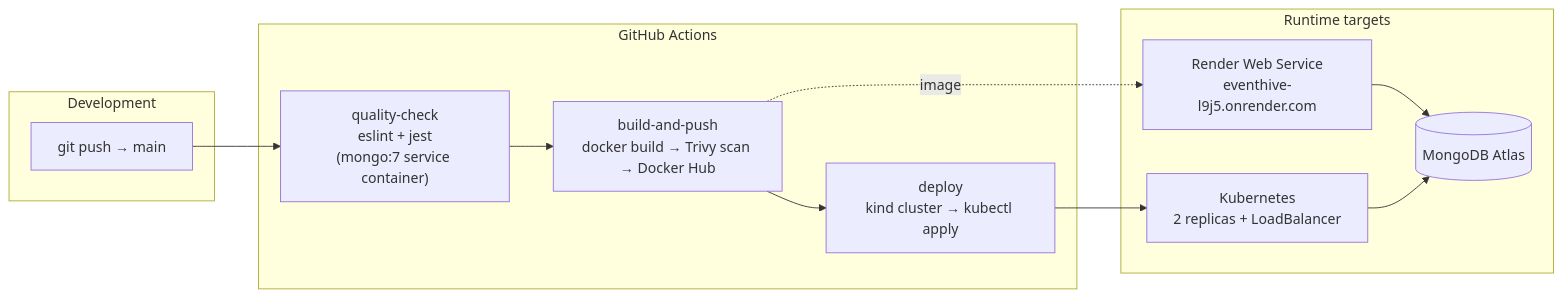
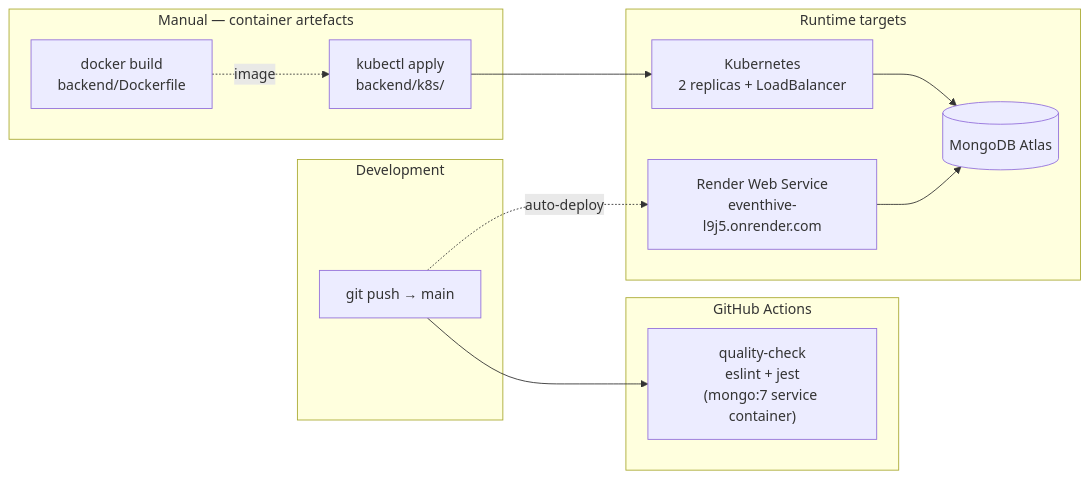
The fourth of 4 diagrams in docs/architecture.md (ishanavasthi/EventHive), drawn with Mermaid before and after one commit. The commit also changed other lines of this file and 4 other files, not shown here.

````diff
--- a/docs/architecture.md
+++ b/docs/architecture.md
@@ -215,25 +215,27 @@
 ```mermaid
 graph LR
     subgraph dev["Development"]
         L["git push → main"]
     end
 
     subgraph ci["GitHub Actions"]
         Q["quality-check<br/>eslint + jest<br/>(mongo:7 service container)"]
-        B["build-and-push<br/>docker build → Trivy scan → Docker Hub"]
-        D["deploy<br/>kind cluster → kubectl apply"]
-        Q --> B --> D
+    end
+
+    subgraph man["Manual — container artefacts"]
+        DK["docker build<br/>backend/Dockerfile"]
+        K8["kubectl apply<br/>backend/k8s/"]
     end
 
     subgraph prod["Runtime targets"]
         R["Render Web Service<br/>eventhive-l9j5.onrender.com"]
         K["Kubernetes<br/>2 replicas + LoadBalancer"]
         M[("MongoDB Atlas")]
     end
 
     L --> Q
-    B -.image.-> R
-    D --> K
+    L -.auto-deploy.-> R
+    DK -.image.-> K8 --> K
     R --> M
     K --> M
 ```
````
